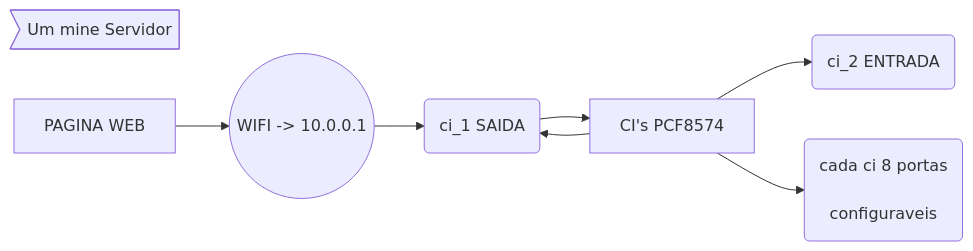
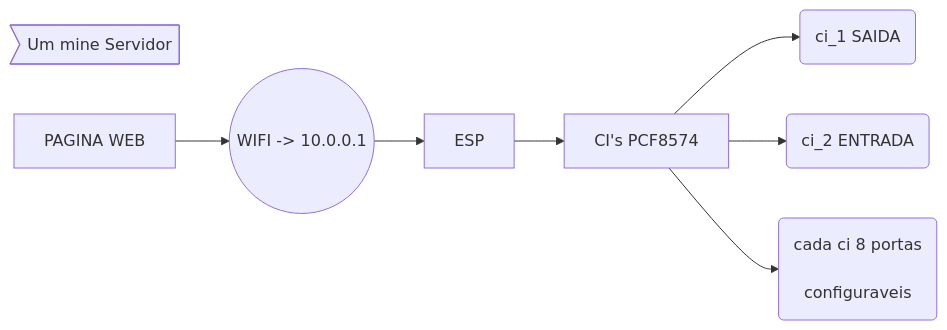
One commit to Condiolov/AppCasa changed the third of 4 diagrams in README.md. Above: the diagram before and after it, drawn with Mermaid.

````diff
--- a/README.md
+++ b/README.md
@@ -42,11 +42,11 @@
 ```mermaid
 graph LR
 NOTA>Um mine Servidor]
 A[PAGINA WEB] --> B((WIFI -> 10.0.0.1))
-B --> E[ESP]
-E --> D[CI's PCF8574]
-D-->E(ci_1 SAIDA)
-D-->F(ci_2 ENTRADA)
-D-->H(cada ci 8 portas<br/>
+B --> D[ESP]
+D --> E[CI's PCF8574]
+E-->I(ci_1 SAIDA)
+E-->F(ci_2 ENTRADA)
+E-->H(cada ci 8 portas<br/>
 configuraveis)
 ```
````
